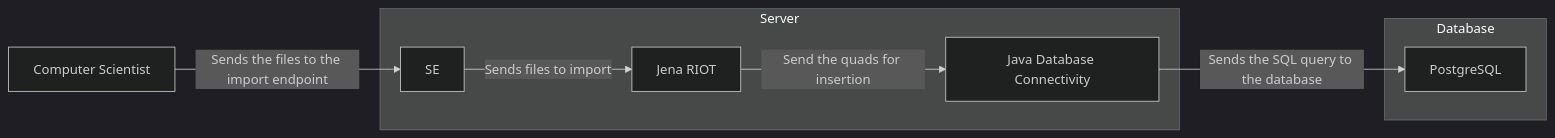
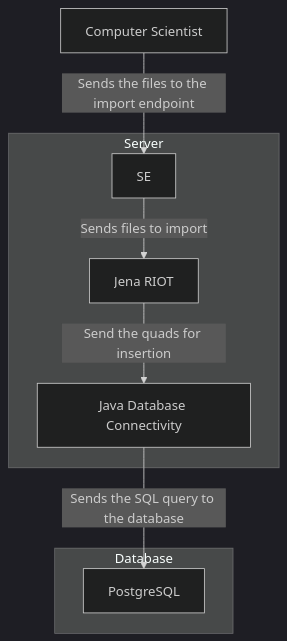
The third of 3 diagrams in Readme.md (VCityTeam/ConVer-G), drawn with Mermaid (dark theme) before and after one commit. The commit also changed other lines of this file and 28 other files, not shown here.

Commit message:
Workspace implementation - Added workspace model     - Graph of city version implemented     - Workspace and transition import - Added some tests - Removed old dataset - Removed CompleteVersionedWorkspace class

````diff
--- a/Readme.md
+++ b/Readme.md
@@ -131,11 +144,11 @@
 ```mermaid
-flowchart LR
+flowchart TB
     CS[Computer Scientist] --> |Sends the files to the import endpoint| SE
     subgraph Server
         SE --> |Sends files to import| RIOT[Jena RIOT]
         RIOT --> |Send the quads for insertion| JDBC[Java Database Connectivity]        
     end
     subgraph Database
         JDBC --> |Sends the SQL query to the database| DB[PostgreSQL]
     end
 ```
````
